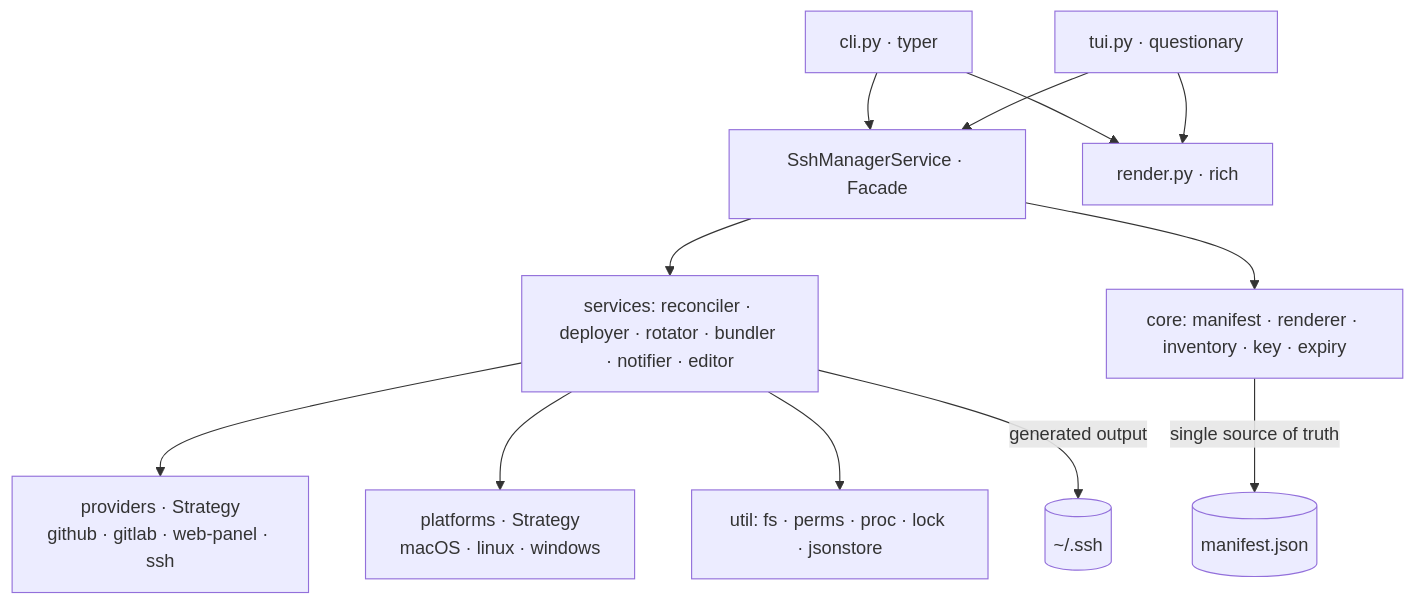
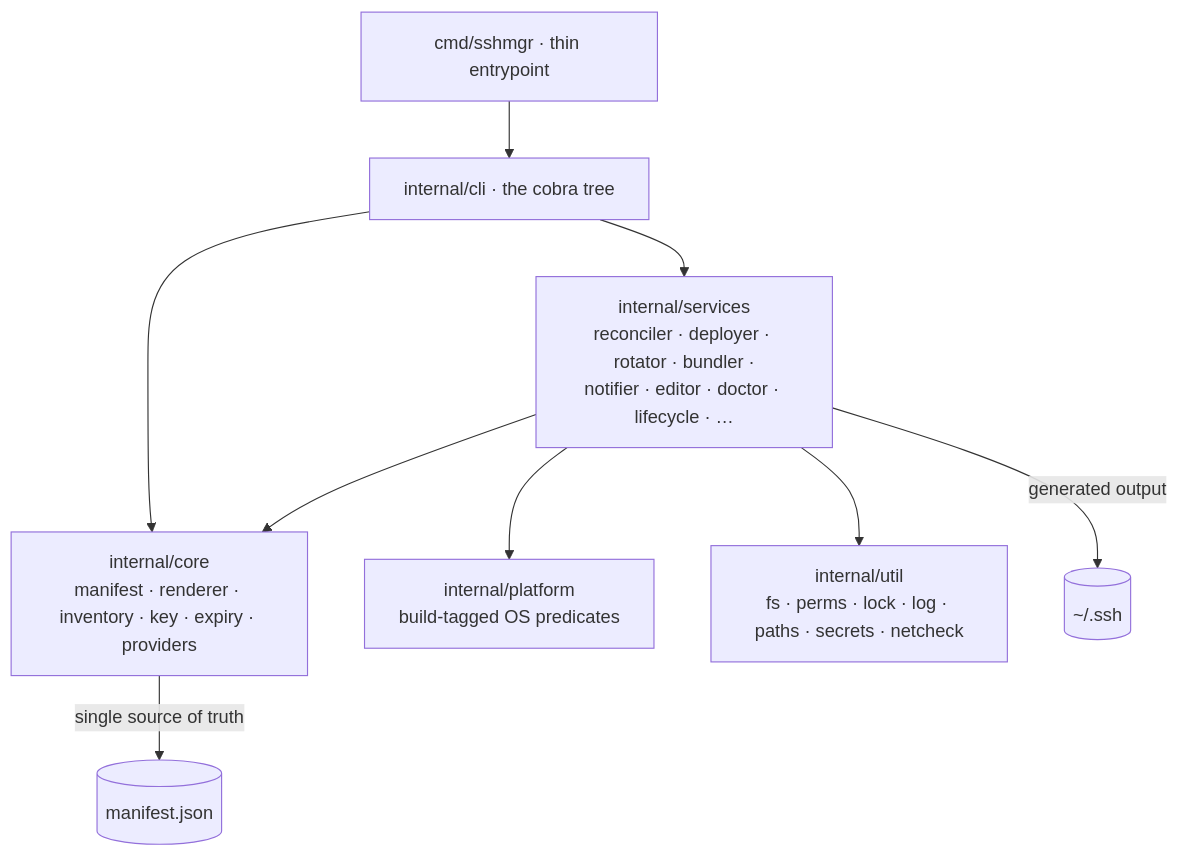
The first of 5 diagrams in docs/architecture.md (simtabi/ssh-manager), drawn with Mermaid before and after one commit. The commit also changed other lines of this file and 1 other file, not shown here.

````diff
--- a/docs/architecture.md
+++ b/docs/architecture.md
@@ -3,14 +3,11 @@
 ```mermaid
 flowchart TD
-    CLI[cli.py · typer] --> F[SshManagerService · Facade]
-    TUI[tui.py · questionary] --> F
-    CLI --> R[render.py · rich]
-    TUI --> R
-    F --> SVC[services: reconciler · deployer · rotator · bundler · notifier · editor]
-    F --> CORE[core: manifest · renderer · inventory · key · expiry]
-    SVC --> PROV[providers · Strategy<br/>github · gitlab · web-panel · ssh]
-    SVC --> PLAT[platforms · Strategy<br/>macOS · linux · windows]
-    SVC --> UTIL[util: fs · perms · proc · lock · jsonstore]
+    MAIN[cmd/sshmgr · thin entrypoint] --> CLI[internal/cli · the cobra tree]
+    CLI --> SVC[internal/services<br/>reconciler · deployer · rotator · bundler ·<br/>notifier · editor · doctor · lifecycle · …]
+    CLI --> CORE[internal/core<br/>manifest · renderer · inventory · key · expiry · providers]
+    SVC --> CORE
+    SVC --> PLAT[internal/platform<br/>build-tagged OS predicates]
+    SVC --> UTIL[internal/util<br/>fs · perms · lock · log · paths · secrets · netcheck]
     CORE -->|single source of truth| MAN[(manifest.json)]
     SVC -->|generated output| SSH[(~/.ssh)]
 ```
````
